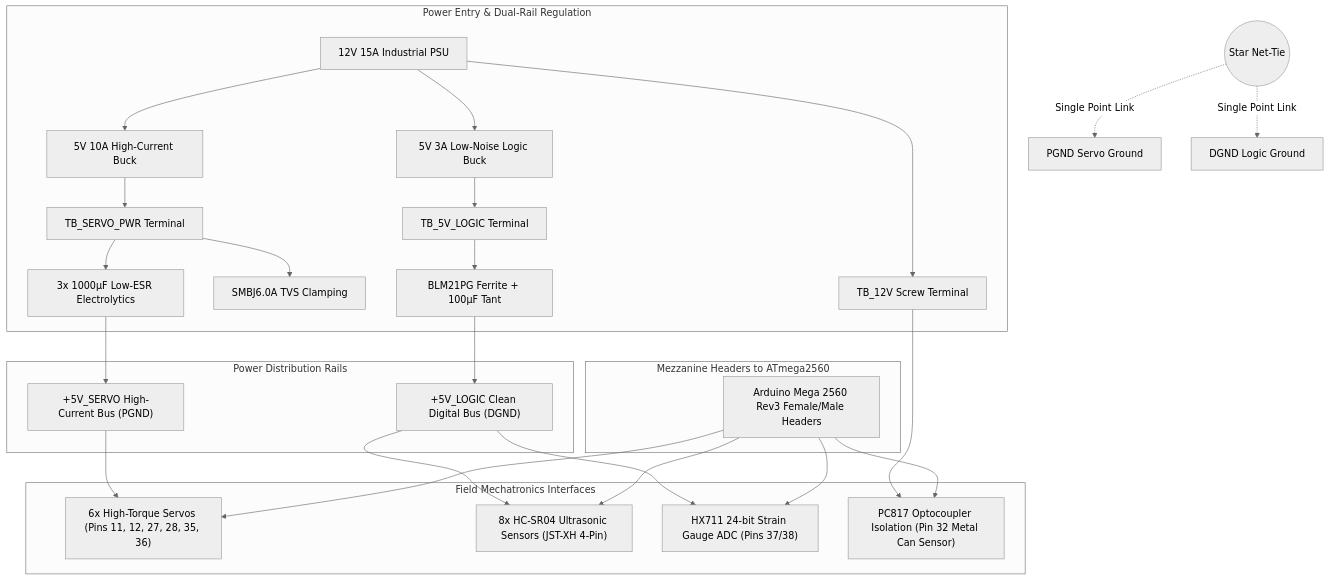
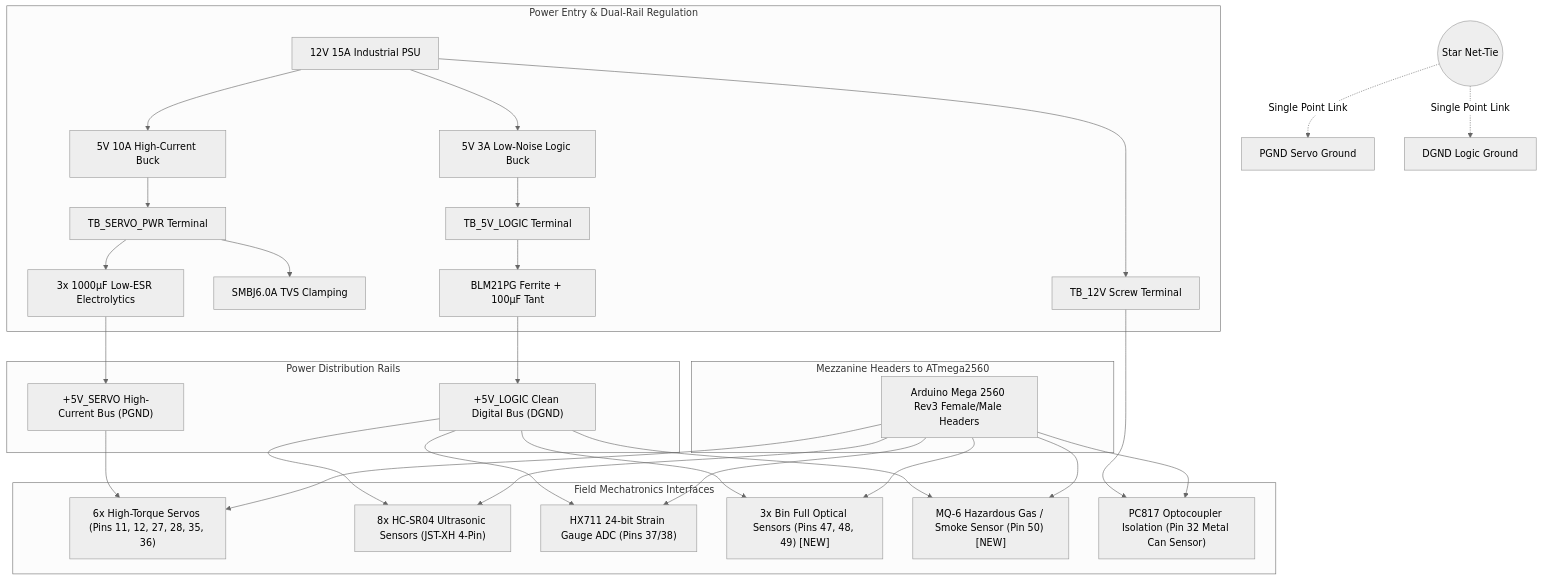
One commit to onenet786/RVM-dash changed the diagram in docs/user_manuals/05_ARDUINO_MEGA_SHIELD_PCB_DESIGN.md. Above: the diagram before and after it, drawn with Mermaid (neutral theme). The commit also changed other lines of this file and 18 other files, not shown here.

Commit message:
feat(pcb): recreate Arduino Mega Shield PCB REV 8.0 matching updated RVM_Arduino.ino with 3x bin full optical sensors and MQ-6 gas sensor

````diff
--- a/docs/user_manuals/05_ARDUINO_MEGA_SHIELD_PCB_DESIGN.md
+++ b/docs/user_manuals/05_ARDUINO_MEGA_SHIELD_PCB_DESIGN.md
@@ -33,37 +33,41 @@
 ```mermaid
 graph TD
     subgraph POWER_STAGE["Power Entry & Dual-Rail Regulation"]
         PSU_12V[12V 15A Industrial PSU] --> TB_12V[TB_12V Screw Terminal]
         PSU_12V --> BUCK1[5V 10A High-Current Buck]
         PSU_12V --> BUCK2[5V 3A Low-Noise Logic Buck]
         BUCK1 --> TB_SERVO[TB_SERVO_PWR Terminal]
         BUCK2 --> TB_LOGIC[TB_5V_LOGIC Terminal]
         TB_SERVO --> TVS_CLAMP[SMBJ6.0A TVS Clamping]
         TB_SERVO --> BULK_CAPS[3x 1000µF Low-ESR Electrolytics]
         TB_LOGIC --> LC_FILTER[BLM21PG Ferrite + 100µF Tant]
     end
 
     subgraph ISOLATED_RAILS["Power Distribution Rails"]
         BULK_CAPS --> RAIL_SERVO["+5V_SERVO High-Current Bus (PGND)"]
         LC_FILTER --> RAIL_LOGIC["+5V_LOGIC Clean Digital Bus (DGND)"]
     end
 
     subgraph SHIELD_INTERCONNECTS["Mezzanine Headers to ATmega2560"]
         MEGA_HDRS[Arduino Mega 2560 Rev3 Female/Male Headers]
     end
 
     subgraph CHAMBERS["Field Mechatronics Interfaces"]
         RAIL_SERVO --> SERVOS["6x High-Torque Servos (Pins 11, 12, 27, 28, 35, 36)"]
         RAIL_LOGIC --> ULTRASONICS["8x HC-SR04 Ultrasonic Sensors (JST-XH 4-Pin)"]
         RAIL_LOGIC --> HX711["HX711 24-bit Strain Gauge ADC (Pins 37/38)"]
+        RAIL_LOGIC --> BINS["3x Bin Full Optical Sensors (Pins 47, 48, 49) [NEW]"]
+        RAIL_LOGIC --> MQ6["MQ-6 Hazardous Gas / Smoke Sensor (Pin 50) [NEW]"]
         TB_12V --> OPTO["PC817 Optocoupler Isolation (Pin 32 Metal Can Sensor)"]
     end
 
     MEGA_HDRS --> SERVOS
     MEGA_HDRS --> ULTRASONICS
     MEGA_HDRS --> HX711
+    MEGA_HDRS --> BINS
+    MEGA_HDRS --> MQ6
     MEGA_HDRS --> OPTO
 
     STAR_TIE((Star Net-Tie)) -.->|Single Point Link| PGND[PGND Servo Ground]
     STAR_TIE -.->|Single Point Link| DGND[DGND Logic Ground]
 ```
````
